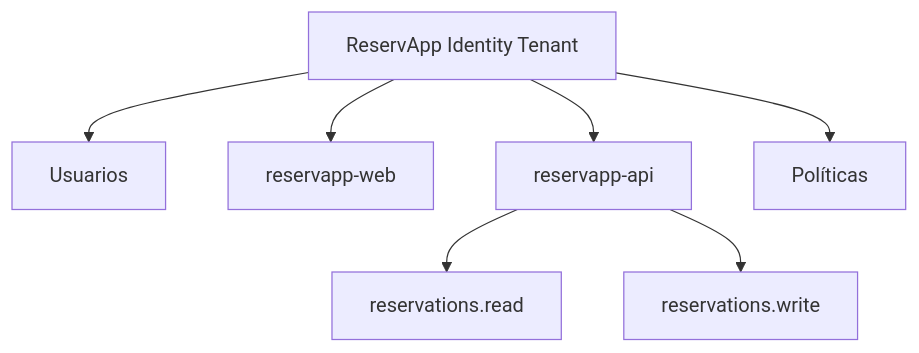
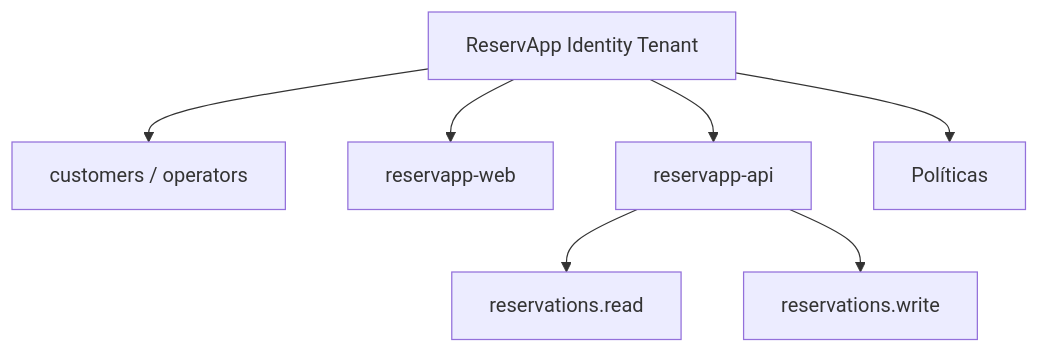
One commit to cmartinezs/DSY1107-DESARROLLO-CLOUD-NATIVE-I-2026-2 changed the fourth of 4 diagrams in semanas/semana-02/laboratorio-flujo-identidad/README.md. Above: the diagram before and after it, drawn with Mermaid. The commit also changed other lines of this file, not shown here.

````diff
--- a/semanas/semana-02/laboratorio-flujo-identidad/README.md
+++ b/semanas/semana-02/laboratorio-flujo-identidad/README.md
@@ -367,10 +364,10 @@
 ```mermaid
 flowchart TB
     T[ReservApp Identity Tenant]
-    T --> U[Usuarios]
+    T --> U[customers / operators]
     T --> W[reservapp-web]
     T --> A[reservapp-api]
     T --> P[Políticas]
-    A --> S1[reservations.read]
-    A --> S2[reservations.write]
+    A --> R[reservations.read]
+    A --> X[reservations.write]
 ```
````
